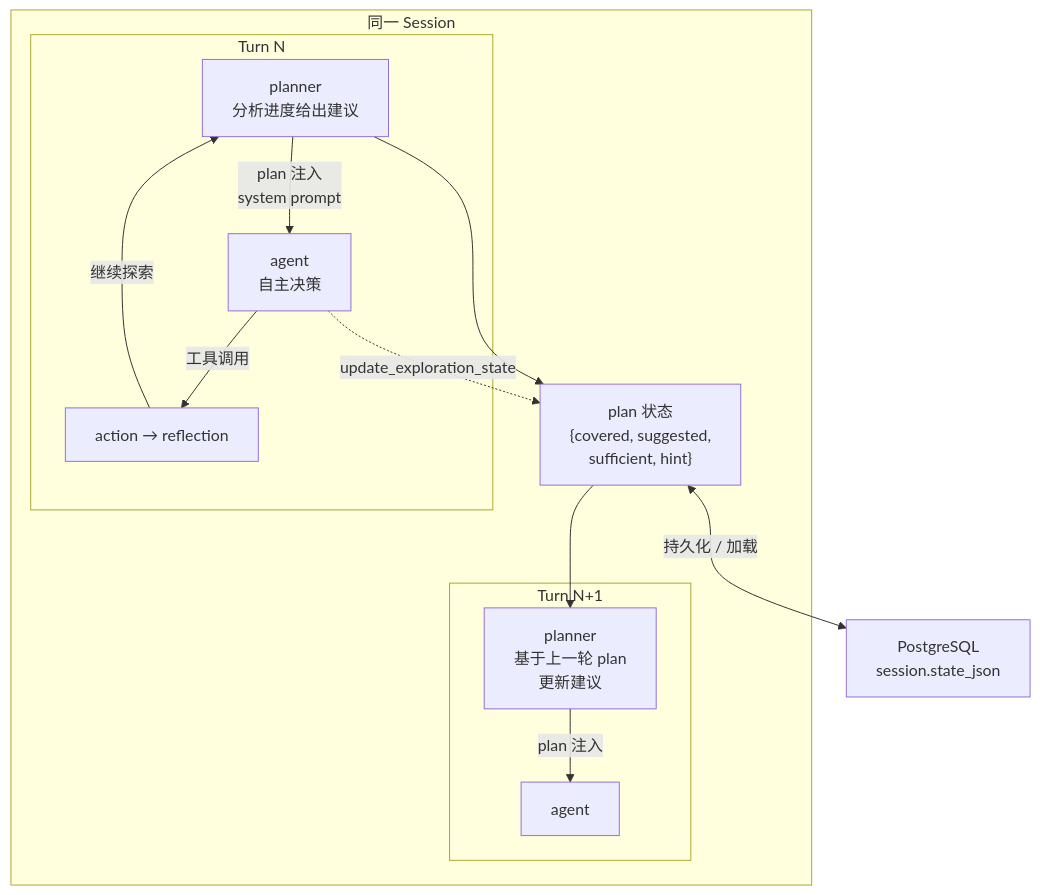
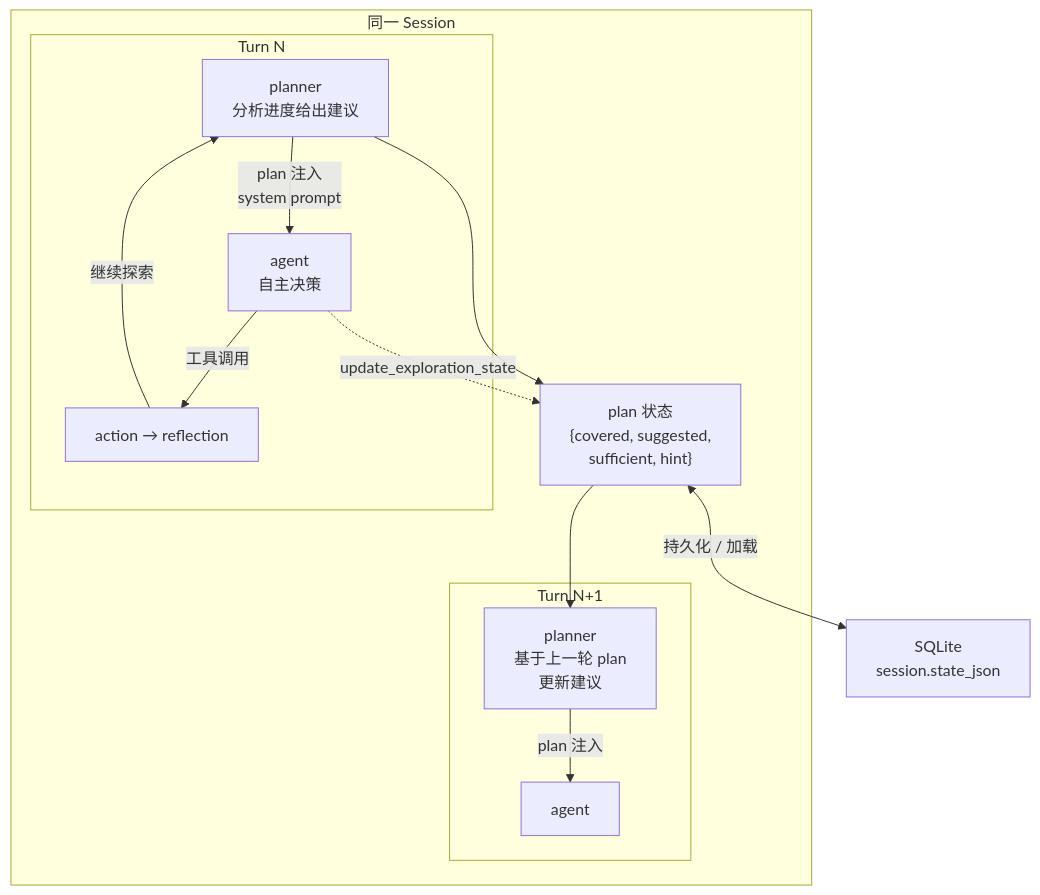
Before and after one commit to xiao-Huahuo/Agent-Core-Service: the tenth of 14 diagrams in README.md, drawn with Mermaid. The commit also changed other lines of this file and 3 other files, not shown here.

````diff
--- a/README.md
+++ b/README.md
@@ -266,22 +396,22 @@
 ```mermaid
 flowchart TD
     subgraph session["同一 Session"]
         subgraph turn1["Turn N"]
             P1["planner<br/>分析进度给出建议"] -->|"plan 注入<br/>system prompt"| A1["agent<br/>自主决策"]
             A1 -->|"工具调用"| T1["action → reflection"]
             T1 -->|"继续探索"| P1
         end
 
         subgraph turn2["Turn N+1"]
             P2["planner<br/>基于上一轮 plan<br/>更新建议"] -->|"plan 注入"| A2["agent"]
         end
 
         plan["plan 状态<br/>{covered, suggested,<br/>sufficient, hint}"]
 
         P1 --> plan
         A1 -.->|"update_exploration_state"| plan
         plan --> P2
     end
 
-    plan <-->|"持久化 / 加载"| DB["PostgreSQL<br/>session.state_json"]
+    plan <-->|"持久化 / 加载"| DB["SQLite<br/>session.state_json"]
 ```
````
